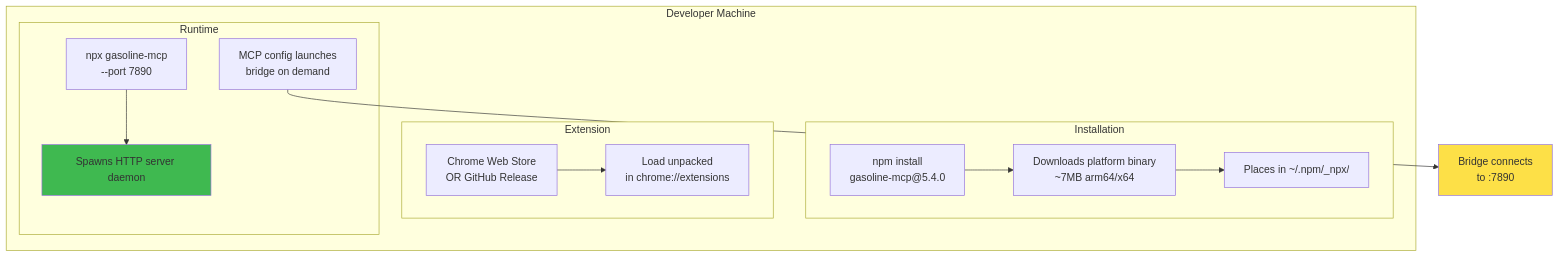
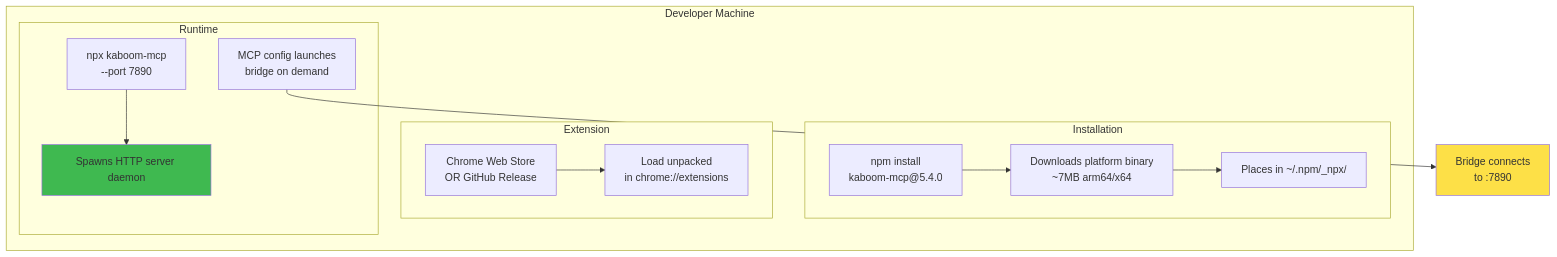
Before and after one commit to brennhill/gasoline-mcp-ai-devtools: the eighth of 10 diagrams in docs/architecture/diagrams/system-architecture.md, drawn with Mermaid. The commit also changed other lines of this file and 1983 other files, not shown here.

````diff
--- a/docs/architecture/diagrams/system-architecture.md
+++ b/docs/architecture/diagrams/system-architecture.md
@@ -270,30 +270,30 @@
 ```mermaid
 graph TB
     subgraph "Developer Machine"
         subgraph "Installation"
-            NPM[npm install<br/>gasoline-mcp@5.4.0]
+            NPM[npm install<br/>kaboom-mcp@5.4.0]
             Download[Downloads platform binary<br/>~7MB arm64/x64]
             Place[Places in ~/.npm/_npx/]
         end
 
         subgraph "Extension"
             Store[Chrome Web Store<br/>OR GitHub Release]
             Load[Load unpacked<br/>in chrome://extensions]
         end
 
         subgraph "Runtime"
-            Start[npx gasoline-mcp<br/>--port 7890]
+            Start[npx kaboom-mcp<br/>--port 7890]
             Fork[Spawns HTTP server daemon]
             MCPConfig[MCP config launches<br/>bridge on demand]
         end
     end
 
     NPM --> Download --> Place
     Store --> Load
 
     Start --> Fork
     MCPConfig --> Bridge[Bridge connects<br/>to :7890]
 
     style Fork fill:#3fb950
     style Bridge fill:#fde047
 ```
````
